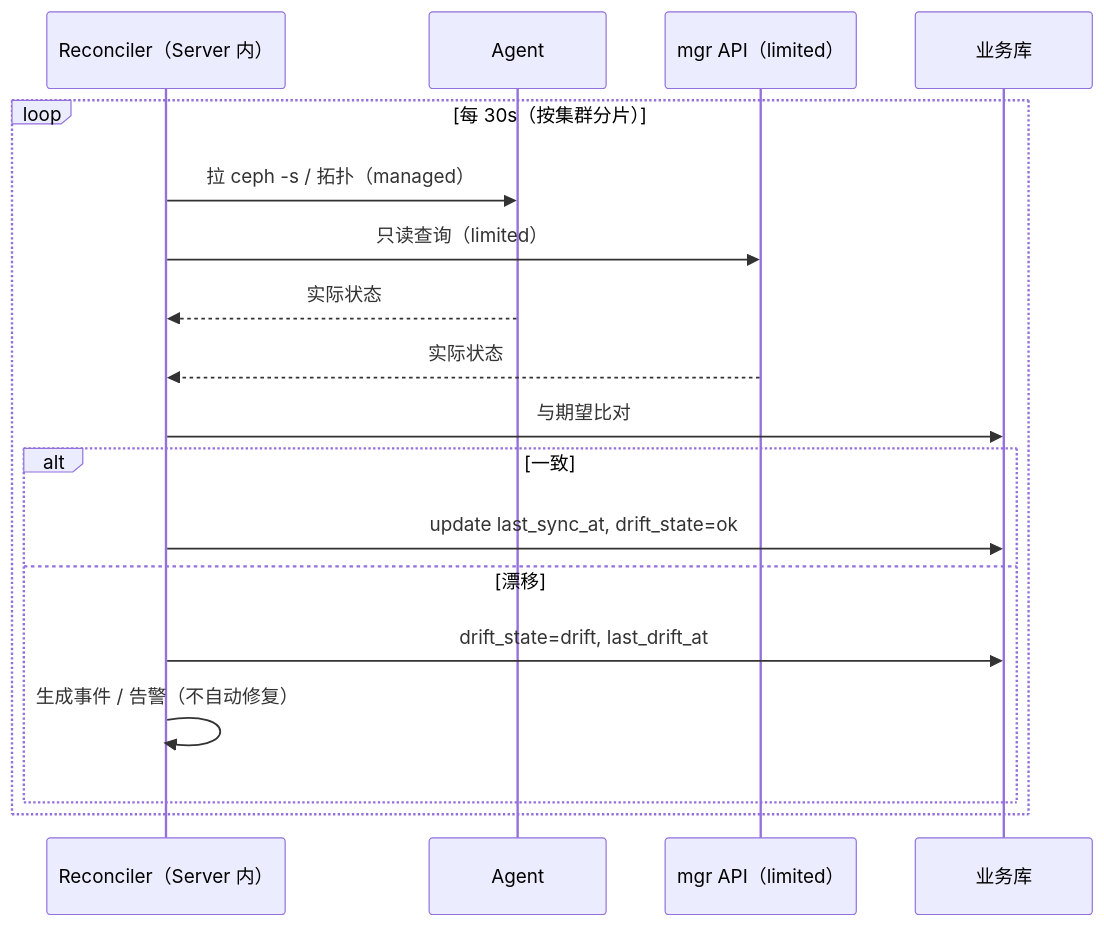
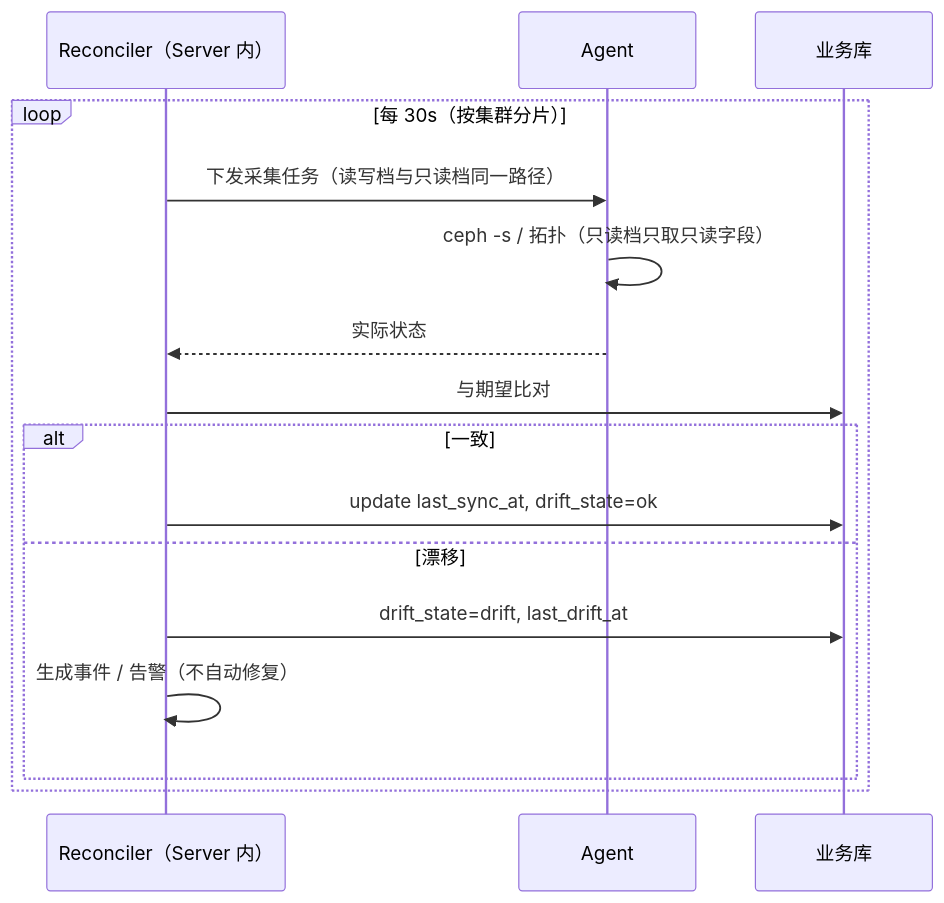
One commit to lnsyyj/winter changed diagram 11 of 19 in docs/02-研发线/04-架构师/架构时序与数据流图册.md. Above: the diagram before and after it, drawn with Mermaid. The commit also changed other lines of this file and 17 other files, not shown here.

````diff
--- a/docs/02-研发线/04-架构师/架构时序与数据流图册.md
+++ b/docs/02-研发线/04-架构师/架构时序与数据流图册.md
@@ -345,21 +334,19 @@
 ```mermaid
 sequenceDiagram
     participant R as Reconciler（Server 内）
     participant A as Agent
-    participant M as mgr API（limited）
     participant PG as 业务库
 
     loop 每 30s（按集群分片）
-        R->>A: 拉 ceph -s / 拓扑（managed）
-        R->>M: 只读查询（limited）
+        R->>A: 下发采集任务（读写档与只读档同一路径）
+        A->>A: ceph -s / 拓扑（只读档只取只读字段）
         A-->>R: 实际状态
-        M-->>R: 实际状态
         R->>PG: 与期望比对
         alt 一致
             R->>PG: update last_sync_at, drift_state=ok
         else 漂移
             R->>PG: drift_state=drift, last_drift_at
             R->>R: 生成事件 / 告警（不自动修复）
         end
     end
 ```
````
